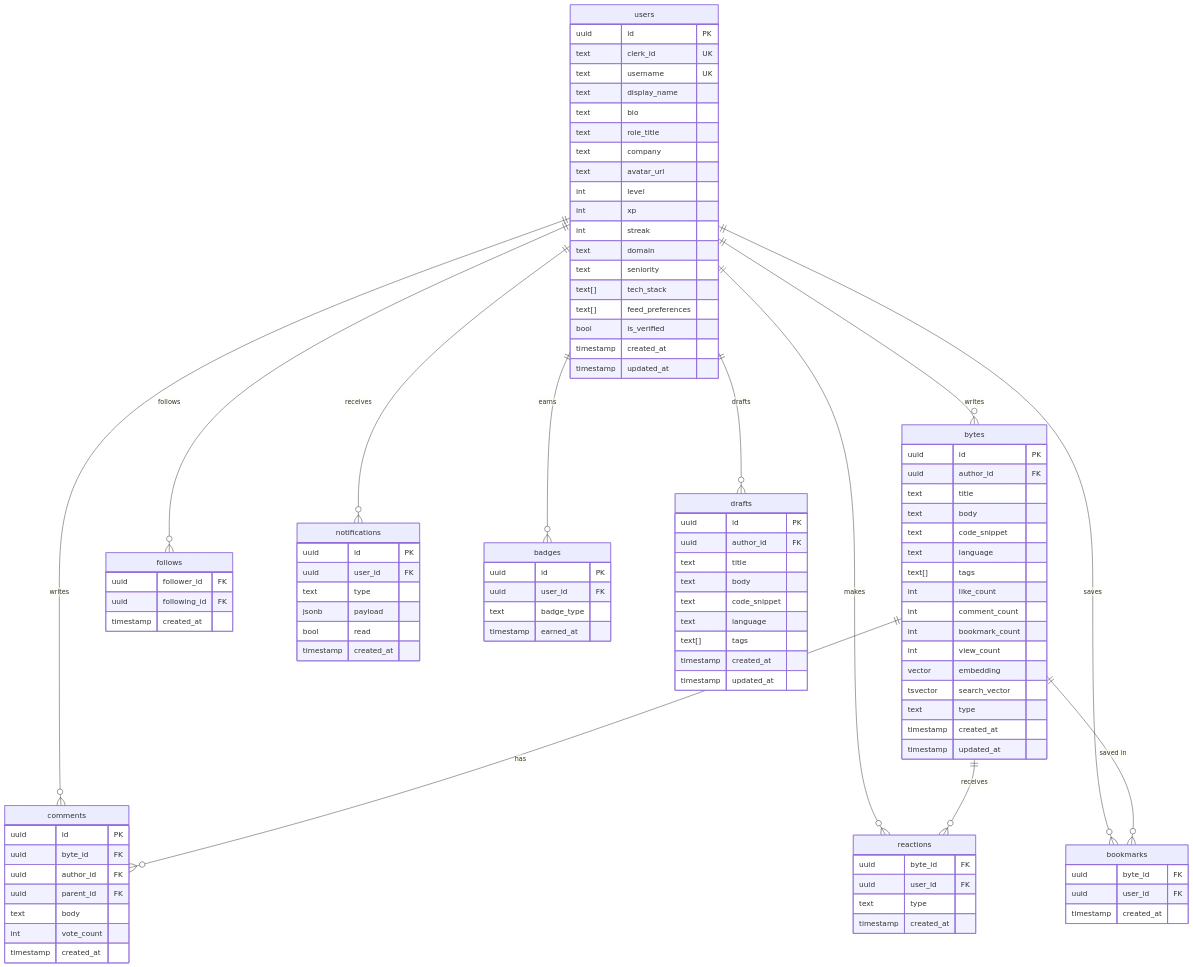
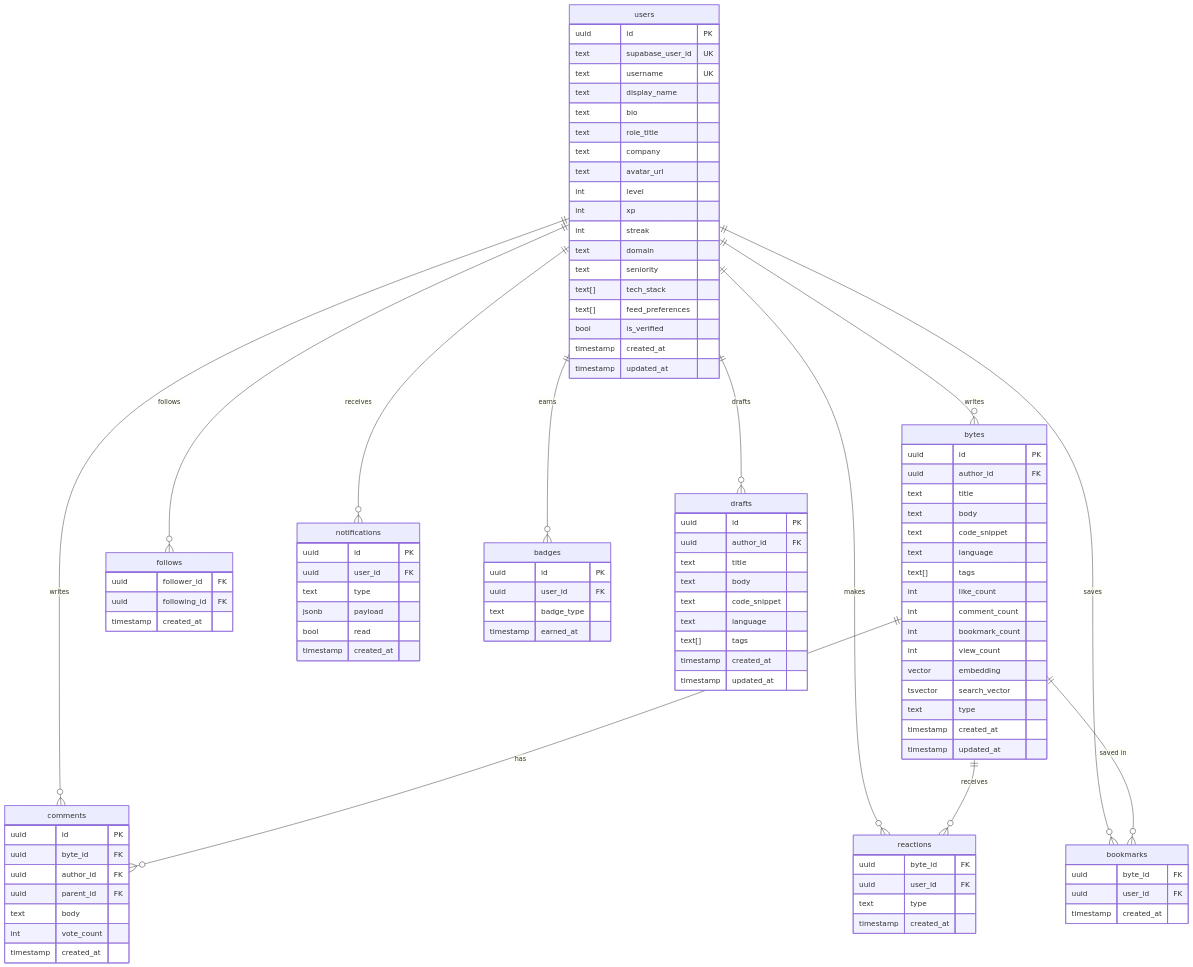
One commit to sravan4262/ByteAI changed the third of 4 diagrams in .claude/docs/byteai-backend-architecture.md. Above: the diagram before and after it, drawn with Mermaid. The commit also changed other lines of this file and 86 other files, not shown here.

```diff
--- a/.claude/docs/byteai-backend-architecture.md
+++ b/.claude/docs/byteai-backend-architecture.md
@@ -291,7 +291,7 @@
 erDiagram
     users {
         uuid id PK
-        text clerk_id UK
+        text supabase_user_id UK
         text username UK
         text display_name
         text bio
```
